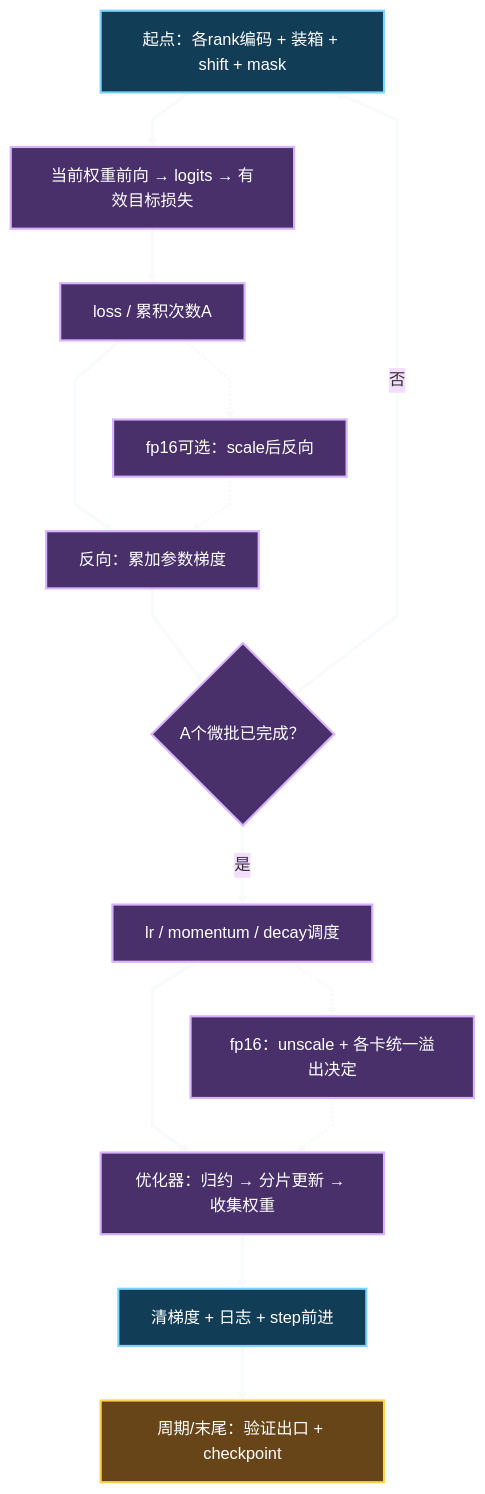
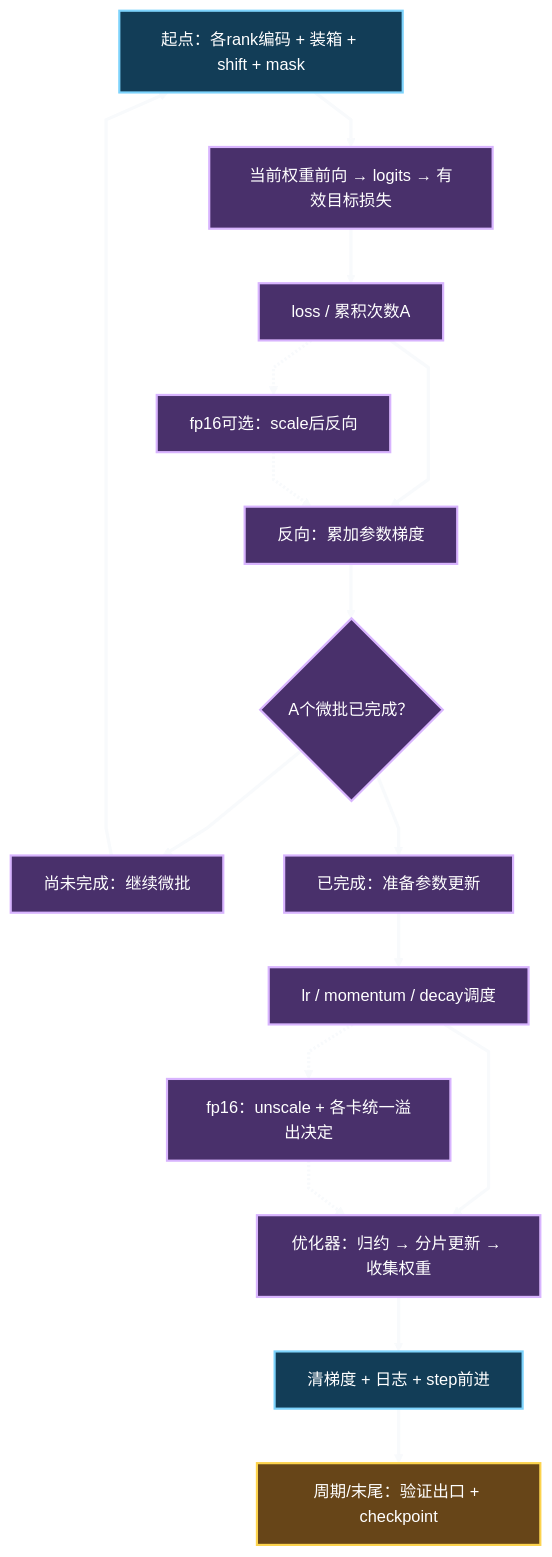
One commit to gitlizishuohub/nanochat changed the diagram in .agents/docs/llm-training-workflow/08-backpropagation-and-parameter-updates.md. Above: the diagram before and after it, drawn with Mermaid. The commit also changed other lines of this file and 21 other files, not shown here.

```diff
--- a/.agents/docs/llm-training-workflow/08-backpropagation-and-parameter-updates.md
+++ b/.agents/docs/llm-training-workflow/08-backpropagation-and-parameter-updates.md
@@ -110,24 +110,26 @@
 ~~~mermaid
 %%{init: {'theme':'base','themeVariables':{'lineColor':'#f8fafc','fontSize':'15px'},'flowchart':{'curve':'linear'}}}%%
 flowchart TD
     A["起点：各rank编码 + 装箱 + shift + mask"] --> B["当前权重前向 → logits → 有效目标损失"]
     B --> C["loss / 累积次数A"]
     C --> D["反向：累加参数梯度"]
     C -.-> S["fp16可选：scale后反向"]
     S -.-> D
     D --> E{"A个微批已完成？"}
-    E -->|"否"| A
-    E -->|"是"| F["lr / momentum / decay调度"]
+    E --> N["尚未完成：继续微批"]
+    N --> A
+    E --> Y["已完成：准备参数更新"]
+    Y --> F["lr / momentum / decay调度"]
     F -.-> U["fp16：unscale + 各卡统一溢出决定"]
     F --> G["优化器：归约 → 分片更新 → 收集权重"]
     U -.-> G
     G --> H["清梯度 + 日志 + step前进"]
     H --> I["周期/末尾：验证出口 + checkpoint"]
     classDef data fill:#123d57,stroke:#7dd3fc,color:#ffffff,stroke-width:2px;
     classDef compute fill:#49306b,stroke:#d8b4fe,color:#ffffff,stroke-width:2px;
     classDef eval fill:#674518,stroke:#fcd34d,color:#ffffff,stroke-width:2px;
     class A,H data;
-    class B,C,D,E,F,G,S,U compute;
+    class B,C,D,E,N,Y,F,G,S,U compute;
     class I eval;
     linkStyle default stroke:#f8fafc,stroke-width:3px;
 ~~~
```
